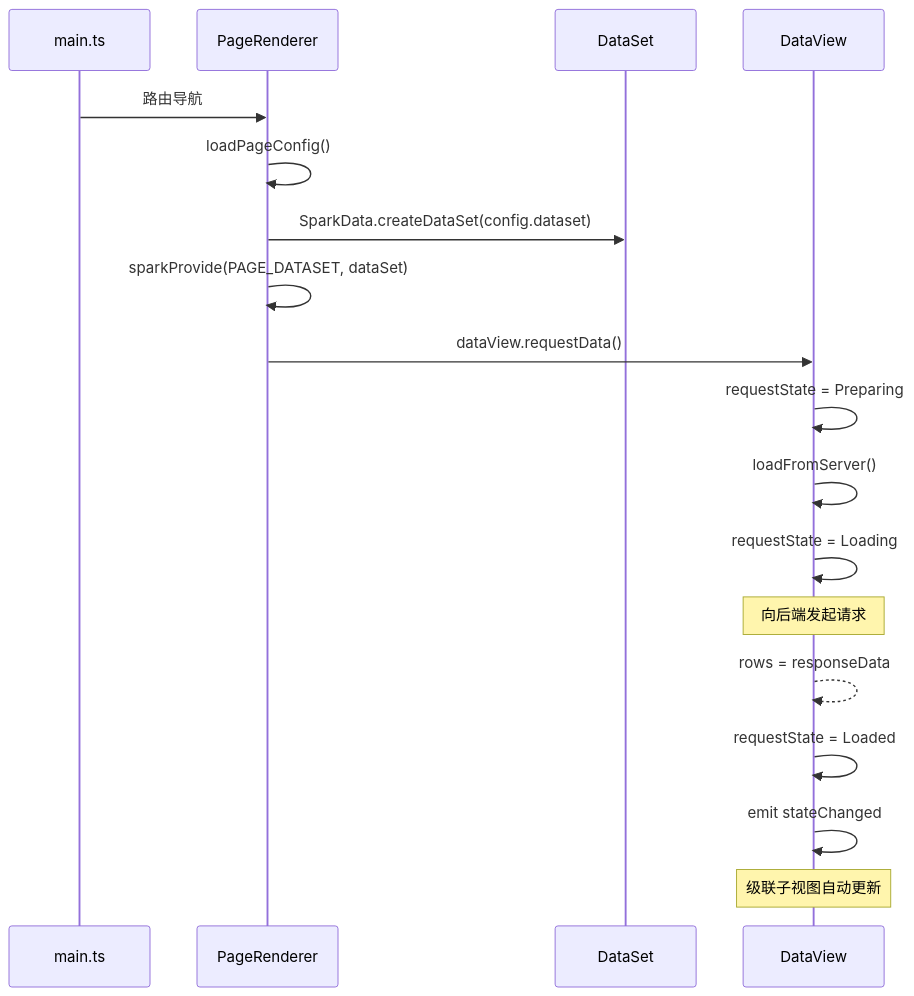
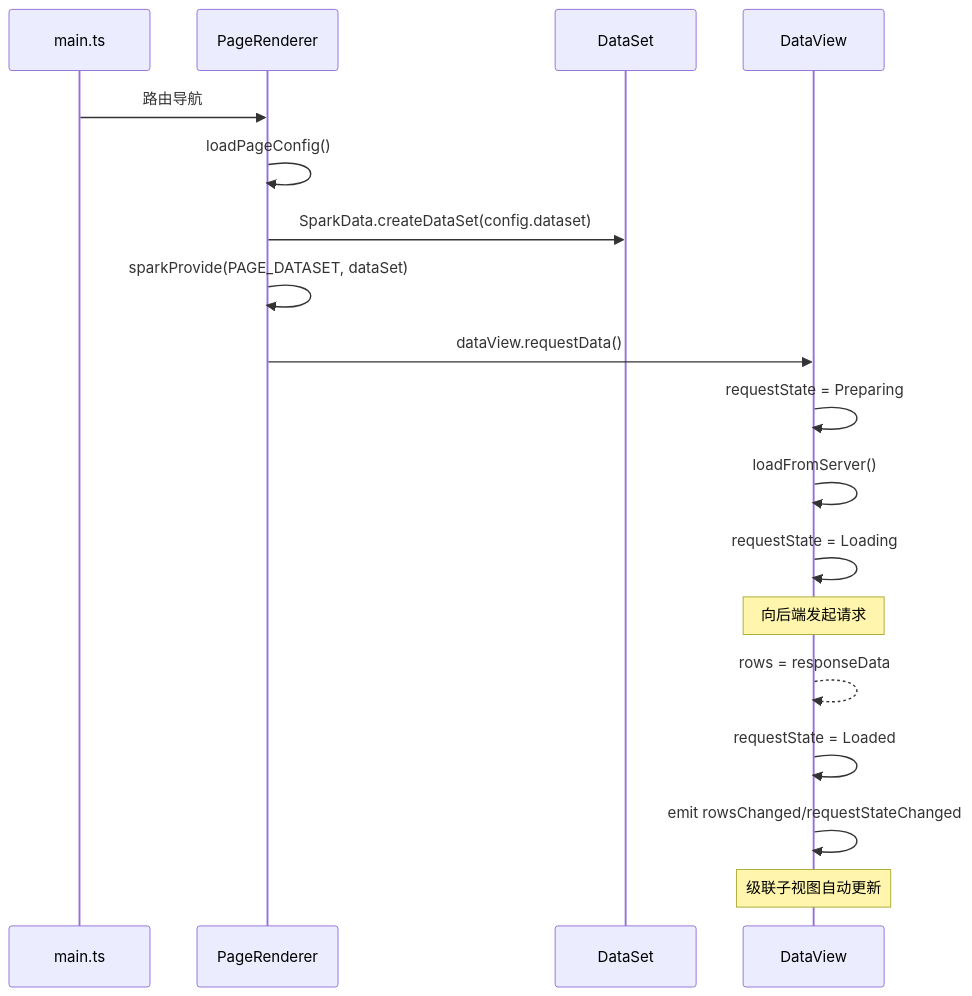
Before and after one commit to LMSpark/spark-view-vue: the diagram in docs/architecture/DATAFLOW_ARCHITECTURE.md, drawn with Mermaid. The commit also changed other lines of this file and 18 other files, not shown here.

````diff
--- a/docs/architecture/DATAFLOW_ARCHITECTURE.md
+++ b/docs/architecture/DATAFLOW_ARCHITECTURE.md
@@ -262,21 +259,21 @@
 ```mermaid
 sequenceDiagram
   participant App as main.ts
   participant Page as PageRenderer
   participant DS as DataSet
   participant DV as DataView
 
   App->>Page: 路由导航
   Page->>Page: loadPageConfig()
   Page->>DS: SparkData.createDataSet(config.dataset)
   Page->>Page: sparkProvide(PAGE_DATASET, dataSet)
   Page->>DV: dataView.requestData()
   DV->>DV: requestState = Preparing
   DV->>DV: loadFromServer()
   DV->>DV: requestState = Loading
   Note over DV: 向后端发起请求
   DV-->>DV: rows = responseData
   DV->>DV: requestState = Loaded
-  DV->>DV: emit stateChanged
+  DV->>DV: emit rowsChanged/requestStateChanged
   Note over DV: 级联子视图自动更新
 ```
````
